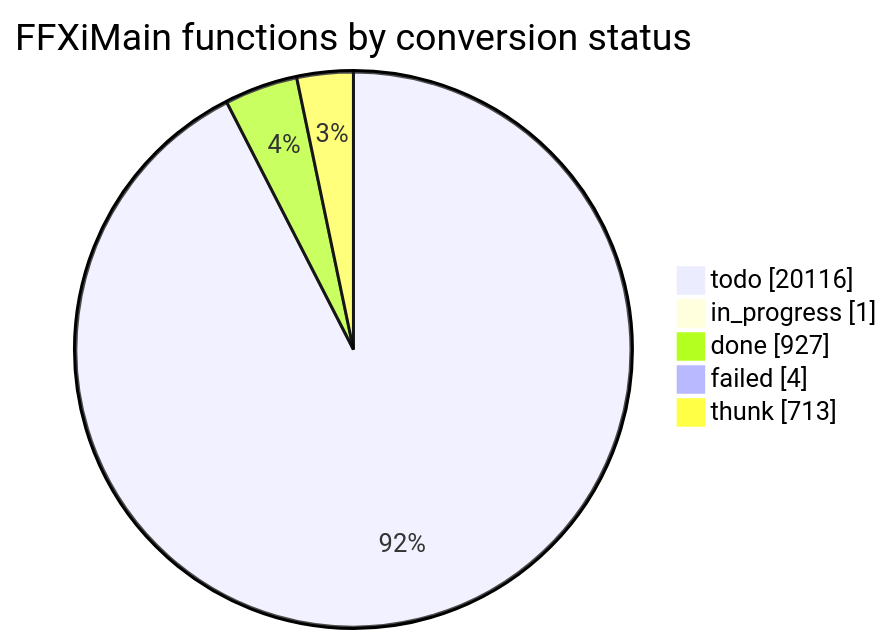
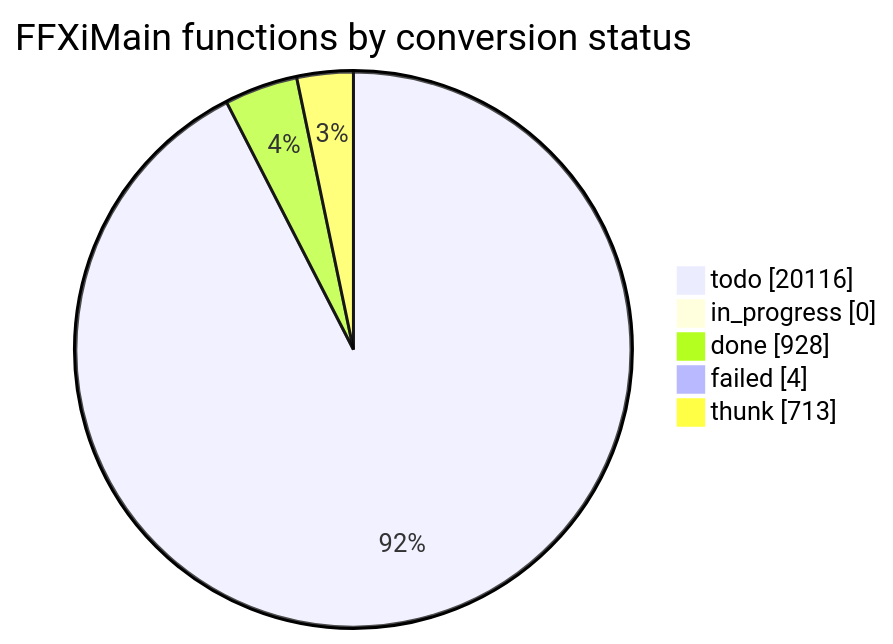
The diagram in docs/cow/STATUS.md (cowrevenge/cow_kuluu_xi_anything), drawn with Mermaid before and after one commit. The commit also changed other lines of this file and 9 other files, not shown here.

````diff
--- a/docs/cow/STATUS.md
+++ b/docs/cow/STATUS.md
@@ -18,9 +18,9 @@
 ```mermaid
 pie showData
     title FFXiMain functions by conversion status
     "todo" : 20116
-    "in_progress" : 1
-    "done" : 927
+    "in_progress" : 0
+    "done" : 928
     "failed" : 4
     "thunk" : 713
 ```
````
